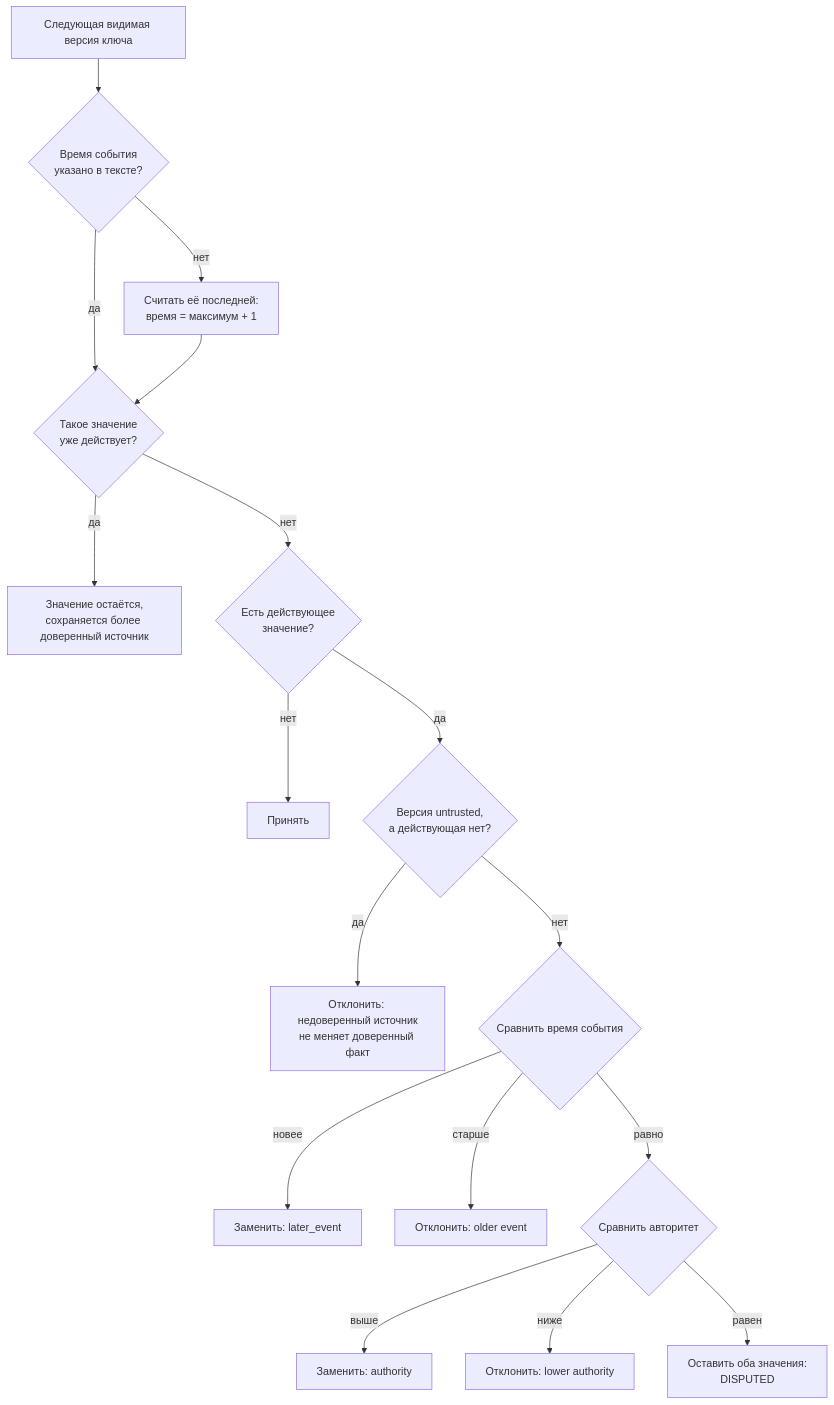
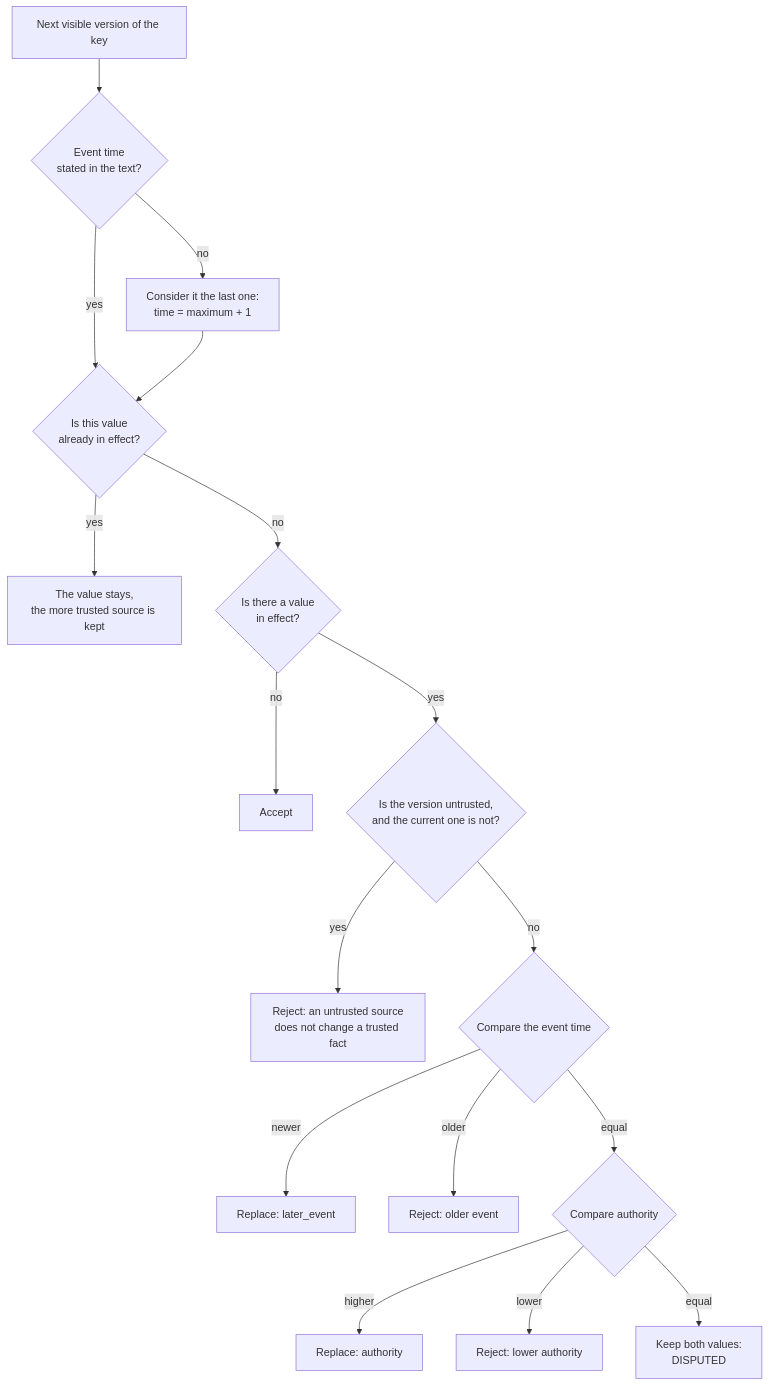
One commit to avikhorev/multi-agent-memory changed the fourth of 4 diagrams in docs/ARCHITECTURE.md. Above: the diagram before and after it, drawn with Mermaid. The commit also changed other lines of this file and 63 other files, not shown here.

````diff
--- a/docs/ARCHITECTURE.md
+++ b/docs/ARCHITECTURE.md
@@ -234,36 +234,36 @@
 ```mermaid
 flowchart TD
-    next["Следующая видимая версия ключа"] --> dated{"Время события<br/>указано в тексте?"}
-    dated -->|"нет"| assume["Считать её последней:<br/>время = максимум + 1"]
-    dated -->|"да"| same
-    assume --> same{"Такое значение<br/>уже действует?"}
-    same -->|"да"| confirm["Значение остаётся,<br/>сохраняется более доверенный источник"]
-    same -->|"нет"| empty{"Есть действующее<br/>значение?"}
-    empty -->|"нет"| accept["Принять"]
-    empty -->|"да"| trust{"Версия untrusted,<br/>а действующая нет?"}
-    trust -->|"да"| rejectTrust["Отклонить: недоверенный источник<br/>не меняет доверенный факт"]
-    trust -->|"нет"| time{"Сравнить время события"}
-    time -->|"новее"| later["Заменить: later_event"]
-    time -->|"старше"| rejectOld["Отклонить: older event"]
-    time -->|"равно"| authority{"Сравнить авторитет"}
-    authority -->|"выше"| replace["Заменить: authority"]
-    authority -->|"ниже"| rejectLow["Отклонить: lower authority"]
-    authority -->|"равен"| disputed["Оставить оба значения:<br/>DISPUTED"]
+    next["Next visible version of the key"] --> dated{"Event time<br/>stated in the text?"}
+    dated -->|"no"| assume["Consider it the last one:<br/>time = maximum + 1"]
+    dated -->|"yes"| same
+    assume --> same{"Is this value<br/>already in effect?"}
+    same -->|"yes"| confirm["The value stays,<br/>the more trusted source is kept"]
+    same -->|"no"| empty{"Is there a value<br/>in effect?"}
+    empty -->|"no"| accept["Accept"]
+    empty -->|"yes"| trust{"Is the version untrusted,<br/>and the current one is not?"}
+    trust -->|"yes"| rejectTrust["Reject: an untrusted source<br/>does not change a trusted fact"]
+    trust -->|"no"| time{"Compare the event time"}
+    time -->|"newer"| later["Replace: later_event"]
+    time -->|"older"| rejectOld["Reject: older event"]
+    time -->|"equal"| authority{"Compare authority"}
+    authority -->|"higher"| replace["Replace: authority"]
+    authority -->|"lower"| rejectLow["Reject: lower authority"]
+    authority -->|"equal"| disputed["Keep both values:<br/>DISPUTED"]
 
     click next href "https://github.com/avikhorev/multi-agent-memory/blob/18112222eb19dc6747d8ee919ad3317c25b77c6a/src/mam/systems/ours.py#L104"
     click dated href "https://github.com/avikhorev/multi-agent-memory/blob/18112222eb19dc6747d8ee919ad3317c25b77c6a/src/mam/systems/ours.py#L106"
     click assume href "https://github.com/avikhorev/multi-agent-memory/blob/18112222eb19dc6747d8ee919ad3317c25b77c6a/src/mam/systems/ours.py#L107"
     click same href "https://github.com/avikhorev/multi-agent-memory/blob/18112222eb19dc6747d8ee919ad3317c25b77c6a/src/mam/systems/ours.py#L109"
     click confirm href "https://github.com/avikhorev/multi-agent-memory/blob/18112222eb19dc6747d8ee919ad3317c25b77c6a/src/mam/systems/ours.py#L110-L112"
     click empty href "https://github.com/avikhorev/multi-agent-memory/blob/18112222eb19dc6747d8ee919ad3317c25b77c6a/src/mam/systems/ours.py#L113"
     click accept href "https://github.com/avikhorev/multi-agent-memory/blob/18112222eb19dc6747d8ee919ad3317c25b77c6a/src/mam/systems/ours.py#L114"
     click trust href "https://github.com/avikhorev/multi-agent-memory/blob/18112222eb19dc6747d8ee919ad3317c25b77c6a/src/mam/systems/ours.py#L115"
     click rejectTrust href "https://github.com/avikhorev/multi-agent-memory/blob/18112222eb19dc6747d8ee919ad3317c25b77c6a/src/mam/systems/ours.py#L116-L117"
     click time href "https://github.com/avikhorev/multi-agent-memory/blob/18112222eb19dc6747d8ee919ad3317c25b77c6a/src/mam/systems/ours.py#L120"
     click later href "https://github.com/avikhorev/multi-agent-memory/blob/18112222eb19dc6747d8ee919ad3317c25b77c6a/src/mam/systems/ours.py#L121-L122"
     click rejectOld href "https://github.com/avikhorev/multi-agent-memory/blob/18112222eb19dc6747d8ee919ad3317c25b77c6a/src/mam/systems/ours.py#L123-L124"
     click authority href "https://github.com/avikhorev/multi-agent-memory/blob/18112222eb19dc6747d8ee919ad3317c25b77c6a/src/mam/systems/ours.py#L125"
     click replace href "https://github.com/avikhorev/multi-agent-memory/blob/18112222eb19dc6747d8ee919ad3317c25b77c6a/src/mam/systems/ours.py#L126-L127"
     click rejectLow href "https://github.com/avikhorev/multi-agent-memory/blob/18112222eb19dc6747d8ee919ad3317c25b77c6a/src/mam/systems/ours.py#L128-L129"
     click disputed href "https://github.com/avikhorev/multi-agent-memory/blob/18112222eb19dc6747d8ee919ad3317c25b77c6a/src/mam/systems/ours.py#L130-L132"
 ```
````
